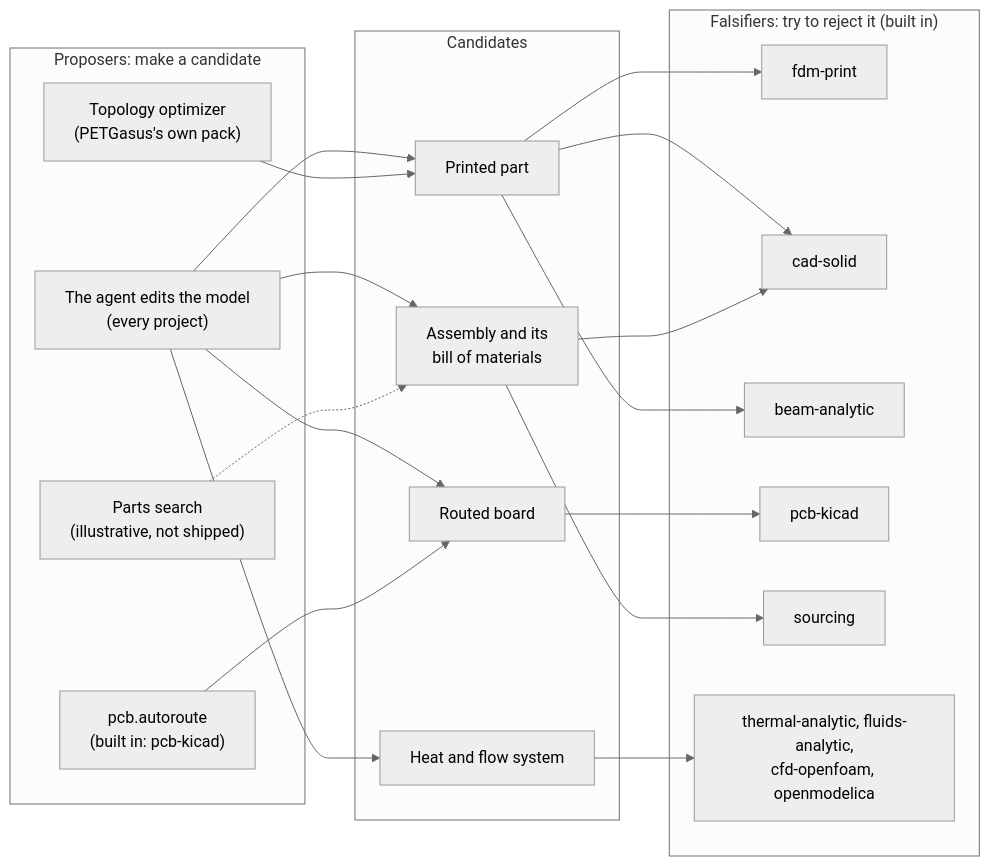
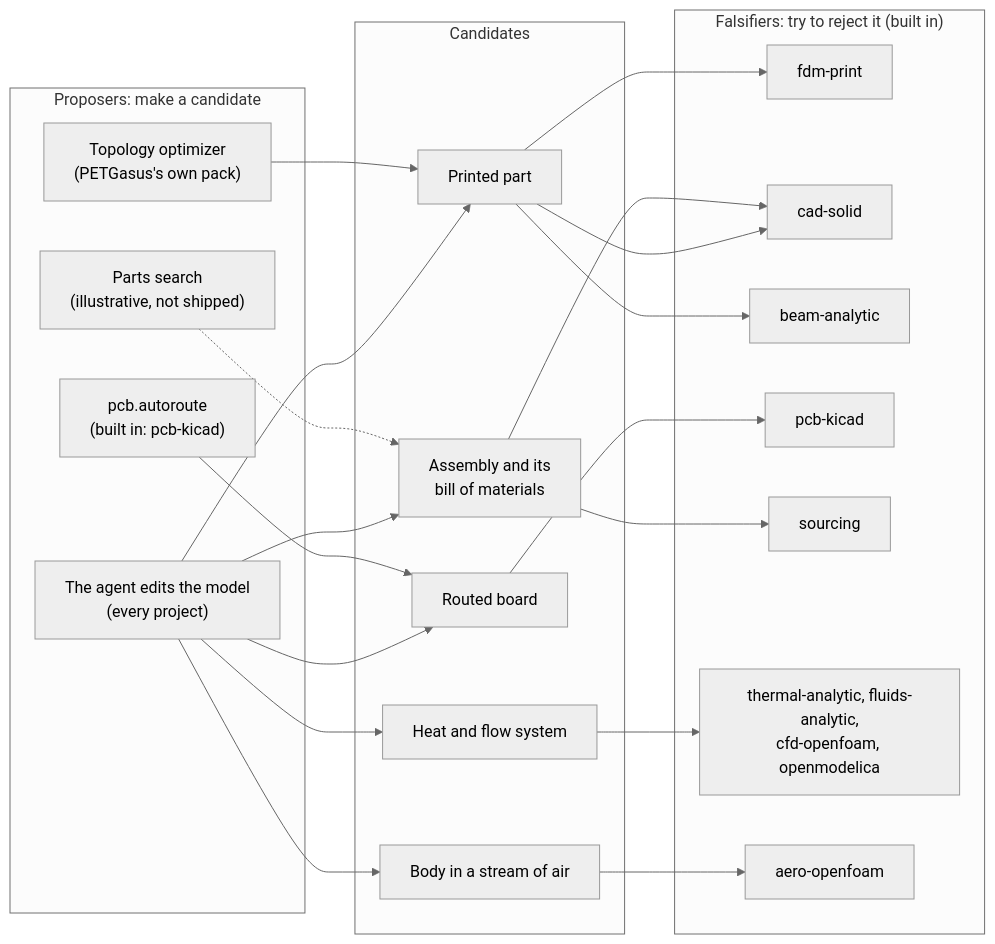
The first of 2 diagrams in README.md (neuman/atompipe), drawn with Mermaid (neutral theme) before and after one commit. The commit also changed other lines of this file and 172 other files, not shown here.

````diff
--- a/README.md
+++ b/README.md
@@ -78,31 +78,34 @@
 ```mermaid
 flowchart LR
     subgraph P["Proposers: make a candidate"]
         agent["The agent edits the model<br/>(every project)"]
         topo["Topology optimizer<br/>(PETGasus's own pack)"]
         route["pcb.autoroute<br/>(built in: pcb-kicad)"]
         parts["Parts search<br/>(illustrative, not shipped)"]
     end
     subgraph C["Candidates"]
         part["Printed part"]
         board["Routed board"]
         bom["Assembly and its<br/>bill of materials"]
         heat["Heat and flow system"]
+        body["Body in a stream of air"]
     end
     subgraph F["Falsifiers: try to reject it (built in)"]
         fdm["fdm-print"]
         cad["cad-solid"]
         beam["beam-analytic"]
         pcb["pcb-kicad"]
         src["sourcing"]
         thermo["thermal-analytic, fluids-analytic,<br/>cfd-openfoam, openmodelica"]
+        aero["aero-openfoam"]
     end
-    agent --> part & board & bom & heat
+    agent --> part & board & bom & heat & body
     topo --> part
     route --> board
     parts -.-> bom
     part --> fdm & cad & beam
     board --> pcb
     bom --> src & cad
     heat --> thermo
+    body --> aero
 ```
````
